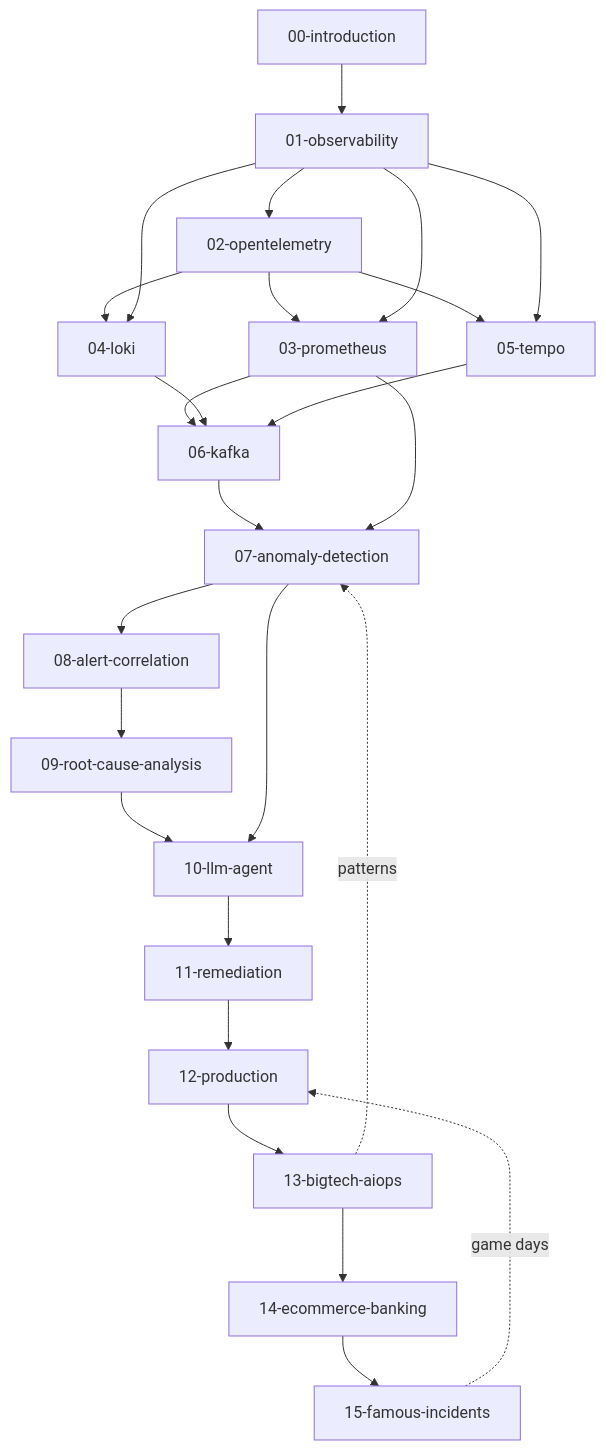
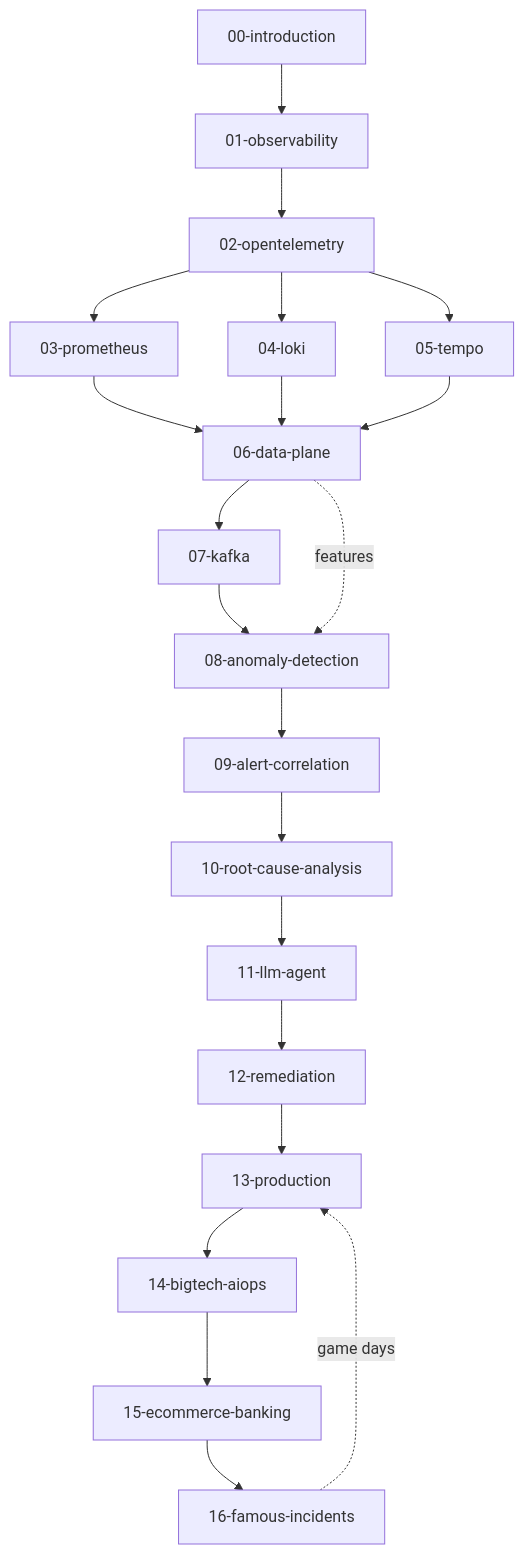
One commit to XUanhoa04/aiops-engineering-handbook changed the second of 2 diagrams in README.md. Above: the diagram before and after it, drawn with Mermaid. The commit also changed other lines of this file and 55 other files, not shown here.

First line of the commit message:
docs: add Ch.06 Telemetry Data Plane; renumber 06-15 to 07-16

````diff
--- a/README.md
+++ b/README.md
@@ -148,28 +151,24 @@
 ```mermaid
 graph TD
     INTRO[00-introduction] --> OBS[01-observability]
     OBS --> OTEL[02-opentelemetry]
     OTEL --> PROM[03-prometheus]
     OTEL --> LOKI[04-loki]
     OTEL --> TEMPO[05-tempo]
-    PROM --> KAFKA[06-kafka]
-    LOKI --> KAFKA
-    TEMPO --> KAFKA
-    KAFKA --> AD[07-anomaly-detection]
-    AD --> AC[08-alert-correlation]
-    AC --> RCA[09-root-cause-analysis]
-    RCA --> LLM[10-llm-agent]
-    LLM --> REM[11-remediation]
-    REM --> PROD[12-production]
-    PROD --> BIG[13-bigtech-aiops]
-    BIG --> DOM[14-ecommerce-banking]
-    DOM --> INC[15-famous-incidents]
+    PROM --> DP[06-data-plane]
+    LOKI --> DP
+    TEMPO --> DP
+    DP --> KAFKA[07-kafka]
+    KAFKA --> AD[08-anomaly-detection]
+    AD --> AC[09-alert-correlation]
+    AC --> RCA[10-root-cause-analysis]
+    RCA --> LLM[11-llm-agent]
+    LLM --> REM[12-remediation]
+    REM --> PROD[13-production]
+    PROD --> BIG[14-bigtech-aiops]
+    BIG --> DOM[15-ecommerce-banking]
+    DOM --> INC[16-famous-incidents]
 
-    OBS --> PROM
-    OBS --> LOKI
-    OBS --> TEMPO
-    PROM --> AD
-    AD --> LLM
+    DP -.->|features| AD
     INC -.->|game days| PROD
-    BIG -.->|patterns| AD
 ```
````
